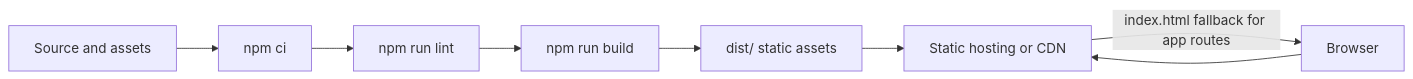
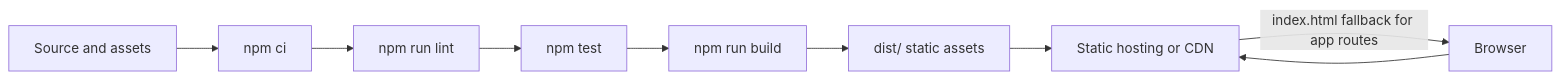
The fourth of 4 diagrams in ARCHITECTURE.md (Ryson-Theo/Kazedesk), drawn with Mermaid before and after one commit. The commit also changed other lines of this file and 3 other files, not shown here.

````diff
--- a/ARCHITECTURE.md
+++ b/ARCHITECTURE.md
@@ -114,10 +134,11 @@
 ```mermaid
 flowchart LR
     Source[Source and assets] --> Install["npm ci"]
-    Install --> Checks["npm run lint"]
-    Checks --> Build["npm run build"]
+    Install --> Lint["npm run lint"]
+    Lint --> Tests["npm test"]
+    Tests --> Build["npm run build"]
     Build --> Dist["dist/ static assets"]
     Dist --> Host[Static hosting or CDN]
     Browser --> Host
     Host -->|index.html fallback for app routes| Browser
 ```
````
